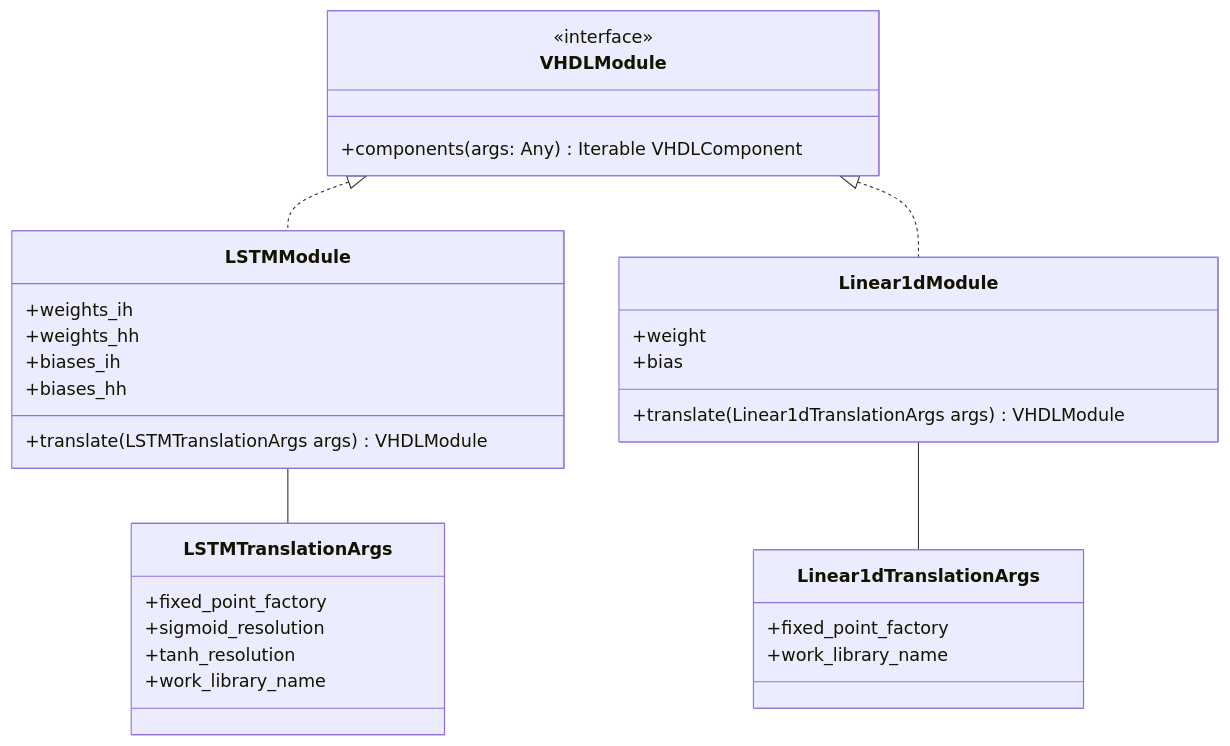
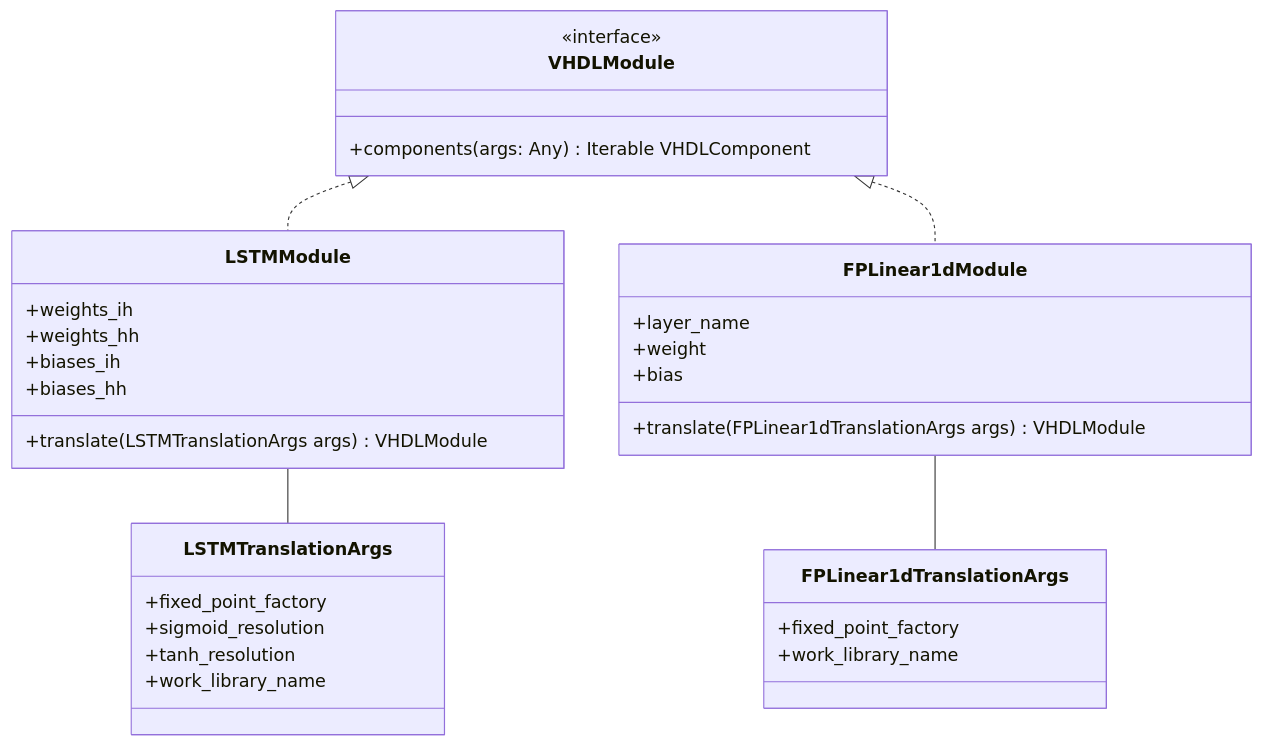
Before and after one commit to es-ude/elastic-ai.creator: the second of 3 diagrams in elasticai/creator/vhdl/README.md, drawn with Mermaid. The commit also changed other lines of this file, not shown here.

````diff
--- a/elasticai/creator/vhdl/README.md
+++ b/elasticai/creator/vhdl/README.md
@@ -51,36 +51,37 @@
 ```mermaid
 classDiagram
 class VHDLModule {
     <<interface>>
     +components(args: Any) Iterable VHDLComponent
 }
 
 class LSTMModule {
     +weights_ih
     +weights_hh
     +biases_ih
     +biases_hh
     +translate(LSTMTranslationArgs args) VHDLModule
 }
 class LSTMTranslationArgs {
     +fixed_point_factory
     +sigmoid_resolution
     +tanh_resolution
     +work_library_name
 }
 
-class Linear1dModule {
+class FPLinear1dModule {
+    +layer_name
     +weight
     +bias
-    +translate(Linear1dTranslationArgs args) VHDLModule
+    +translate(FPLinear1dTranslationArgs args) VHDLModule
 }
-class Linear1dTranslationArgs {
+class FPLinear1dTranslationArgs {
     +fixed_point_factory
     +work_library_name
 }
 
 VHDLModule <|.. LSTMModule
 LSTMModule -- LSTMTranslationArgs
-VHDLModule <|.. Linear1dModule
-Linear1dModule -- Linear1dTranslationArgs
+VHDLModule <|.. FPLinear1dModule
+FPLinear1dModule -- FPLinear1dTranslationArgs
 ```
````
